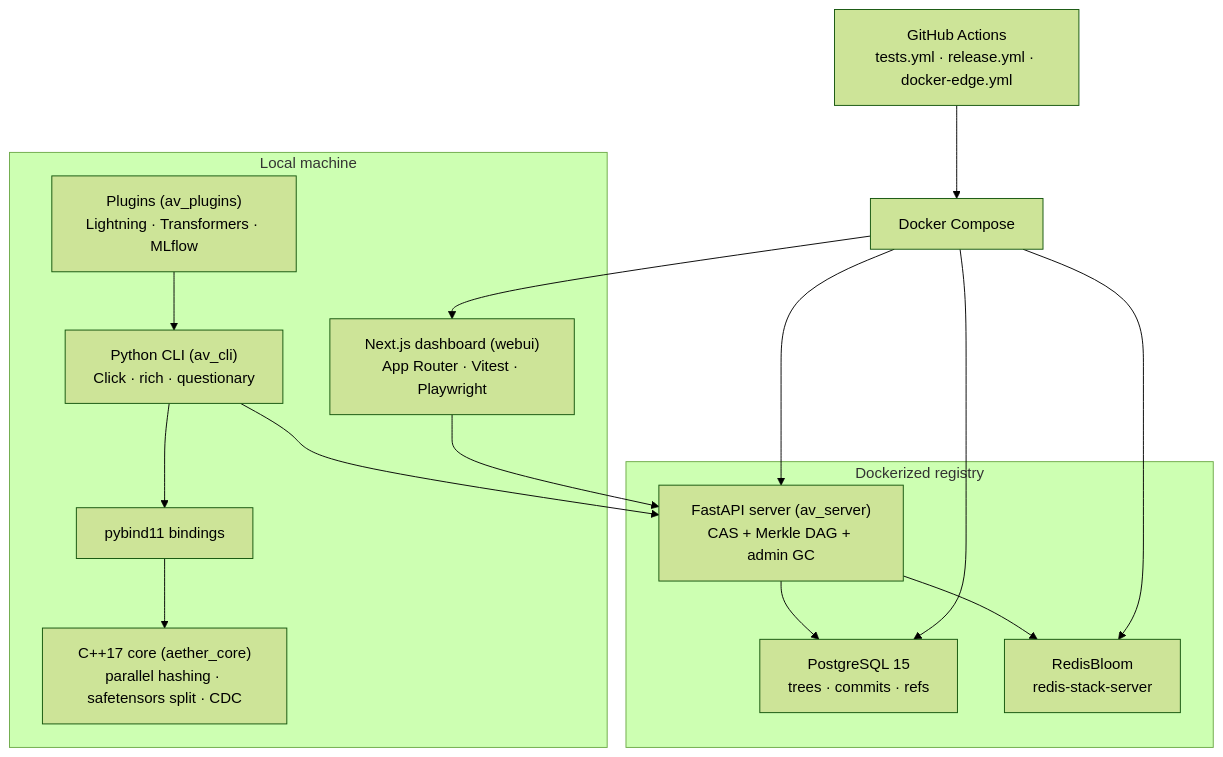
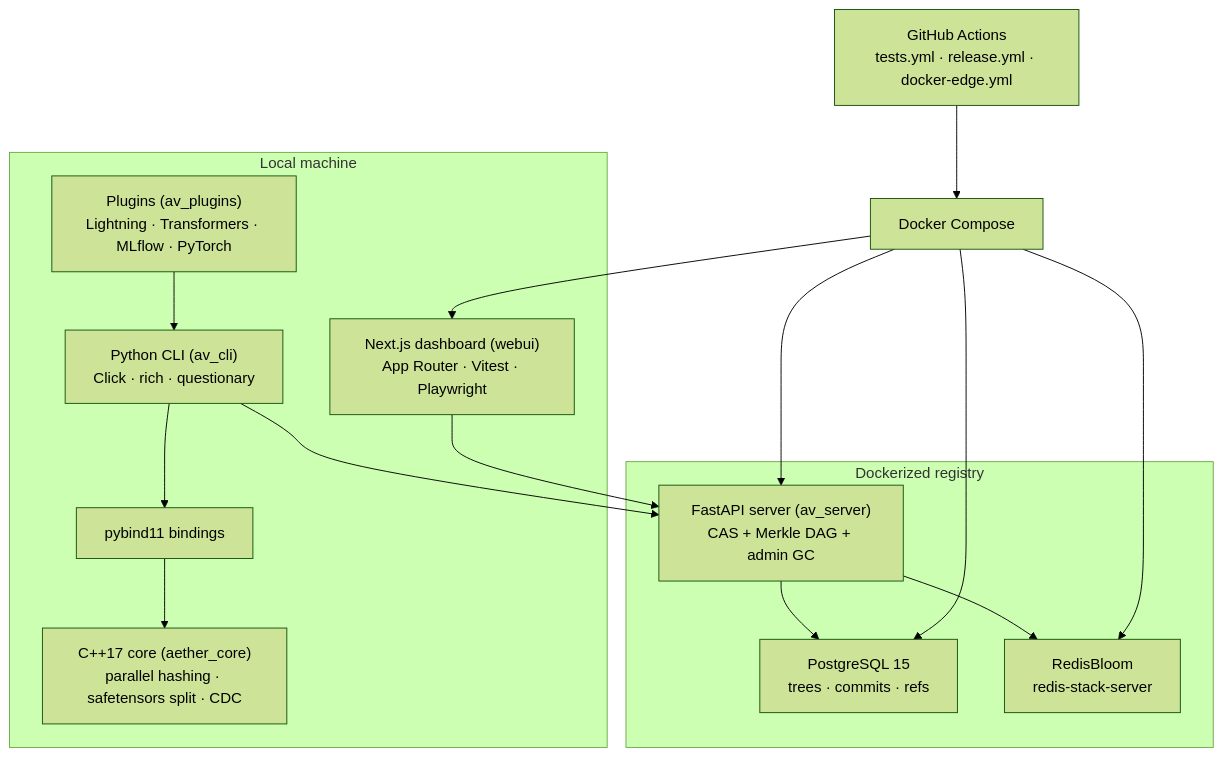
One commit to leon1706-lol/Aether-Vault changed the second of 2 diagrams in development/architecture.md. Above: the diagram before and after it, drawn with Mermaid (forest theme). The commit also changed other lines of this file and 23 other files, not shown here.

````diff
--- a/development/architecture.md
+++ b/development/architecture.md
@@ -51,29 +51,29 @@
 ```mermaid
 flowchart TB
     subgraph LOCAL["Local machine"]
         CPP["C++17 core (aether_core)<br/>parallel hashing · safetensors split · CDC"]
         BIND["pybind11 bindings"]
         CLI["Python CLI (av_cli)<br/>Click · rich · questionary"]
-        PLG["Plugins (av_plugins)<br/>Lightning · Transformers · MLflow"]
+        PLG["Plugins (av_plugins)<br/>Lightning · Transformers · MLflow · PyTorch"]
         WEBUI["Next.js dashboard (webui)<br/>App Router · Vitest · Playwright"]
     end
     subgraph REGISTRY["Dockerized registry"]
         SRV["FastAPI server (av_server)<br/>CAS + Merkle DAG + admin GC"]
         PGS["PostgreSQL 15<br/>trees · commits · refs"]
         RBS["RedisBloom<br/>redis-stack-server"]
     end
     OPS["GitHub Actions<br/>tests.yml · release.yml · docker-edge.yml"]
     DKR["Docker Compose"]
 
     CLI --> BIND --> CPP
     PLG --> CLI
     CLI --> SRV
     SRV --> PGS
     SRV --> RBS
     WEBUI --> SRV
     DKR --> SRV
     DKR --> WEBUI
     DKR --> PGS
     DKR --> RBS
     OPS --> DKR
 ```
````
